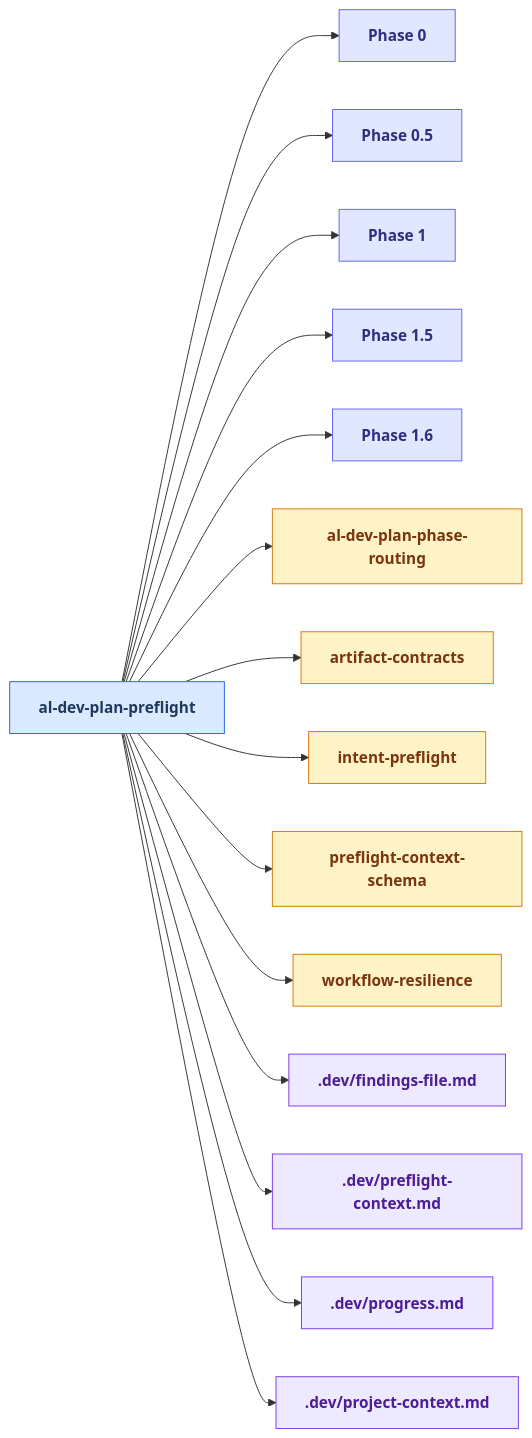
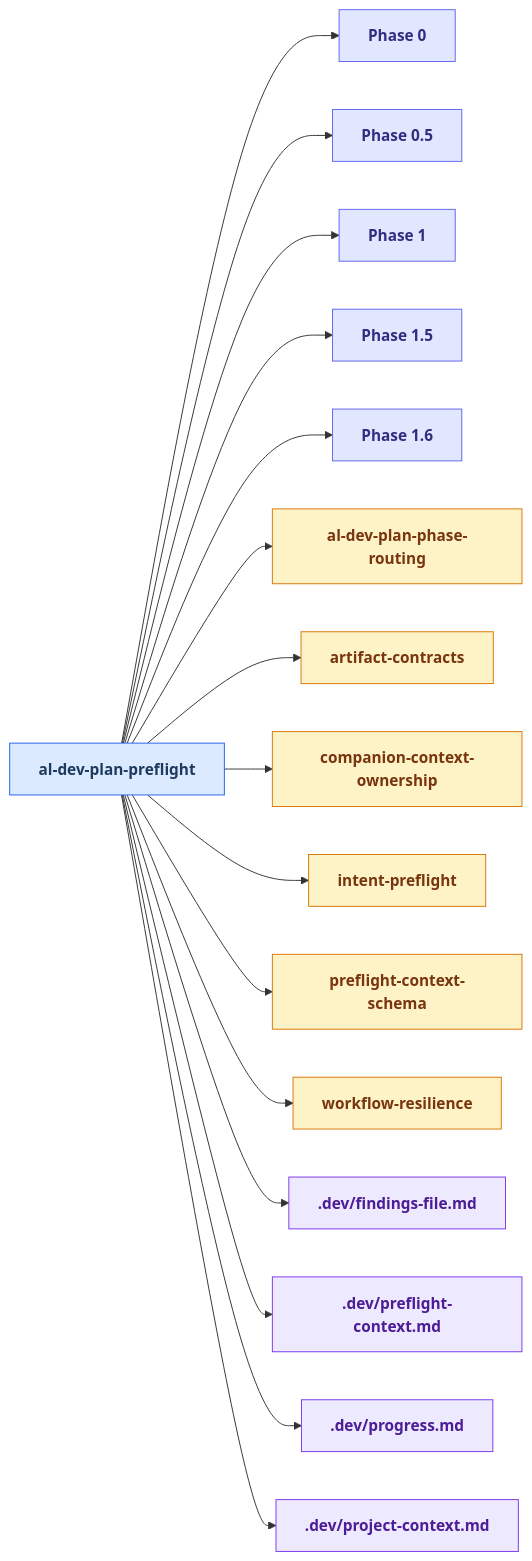
One commit to russell-laing/al-dev-shared changed the eighth of 25 diagrams in docs/al-dev-skills-map.md. Above: the diagram before and after it, drawn with Mermaid. The commit also changed other lines of this file and 3 other files, not shown here.

````diff
--- a/docs/al-dev-skills-map.md
+++ b/docs/al-dev-skills-map.md
@@ -397,55 +400,58 @@
 ```mermaid
 flowchart LR
     classDef skillNode fill:#dbeafe,stroke:#2563eb,color:#1e3a5f,font-weight:bold
     classDef agentNode fill:#d1fae5,stroke:#059669,color:#064e3b,font-weight:bold
     classDef knowledgeNode fill:#fef3c7,stroke:#d97706,color:#78350f,font-weight:bold
     classDef artifactNode fill:#ede9fe,stroke:#7c3aed,color:#4c1d95,font-weight:bold
     classDef phaseNode fill:#e0e7ff,stroke:#6366f1,color:#312e81,font-weight:bold
 
     skill_al_dev_plan_preflight[al-dev-plan-preflight]
     Phase0["Phase 0"]
     Phase0_5["Phase 0.5"]
     Phase1["Phase 1"]
     Phase1_5["Phase 1.5"]
     Phase1_6["Phase 1.6"]
     knowledge_al_dev_plan_phase_routing_md[al-dev-plan-phase-routing]
     knowledge_artifact_contracts_md[artifact-contracts]
+    knowledge_companion_context_ownership_md[companion-context-ownership]
     knowledge_intent_preflight_md[intent-preflight]
     knowledge_preflight_context_schema_md[preflight-context-schema]
     knowledge_workflow_resilience_md[workflow-resilience]
     artifact_findings_file_md[.dev/findings-file.md]
     artifact_preflight_context_md[.dev/preflight-context.md]
     artifact_progress_md[.dev/progress.md]
     artifact_project_context_md[.dev/project-context.md]
 
     skill_al_dev_plan_preflight --> Phase0
     skill_al_dev_plan_preflight --> Phase0_5
     skill_al_dev_plan_preflight --> Phase1
     skill_al_dev_plan_preflight --> Phase1_5
     skill_al_dev_plan_preflight --> Phase1_6
     skill_al_dev_plan_preflight --> knowledge_al_dev_plan_phase_routing_md
     skill_al_dev_plan_preflight --> knowledge_artifact_contracts_md
+    skill_al_dev_plan_preflight --> knowledge_companion_context_ownership_md
     skill_al_dev_plan_preflight --> knowledge_intent_preflight_md
     skill_al_dev_plan_preflight --> knowledge_preflight_context_schema_md
     skill_al_dev_plan_preflight --> knowledge_workflow_resilience_md
     skill_al_dev_plan_preflight --> artifact_findings_file_md
     skill_al_dev_plan_preflight --> artifact_preflight_context_md
     skill_al_dev_plan_preflight --> artifact_progress_md
     skill_al_dev_plan_preflight --> artifact_project_context_md
 
     class skill_al_dev_plan_preflight skillNode
     class Phase0 phaseNode
     class Phase0_5 phaseNode
     class Phase1 phaseNode
     class Phase1_5 phaseNode
     class Phase1_6 phaseNode
     class knowledge_al_dev_plan_phase_routing_md knowledgeNode
     class knowledge_artifact_contracts_md knowledgeNode
+    class knowledge_companion_context_ownership_md knowledgeNode
     class knowledge_intent_preflight_md knowledgeNode
     class knowledge_preflight_context_schema_md knowledgeNode
     class knowledge_workflow_resilience_md knowledgeNode
     class artifact_findings_file_md artifactNode
     class artifact_preflight_context_md artifactNode
     class artifact_progress_md artifactNode
     class artifact_project_context_md artifactNode
 ```
````
